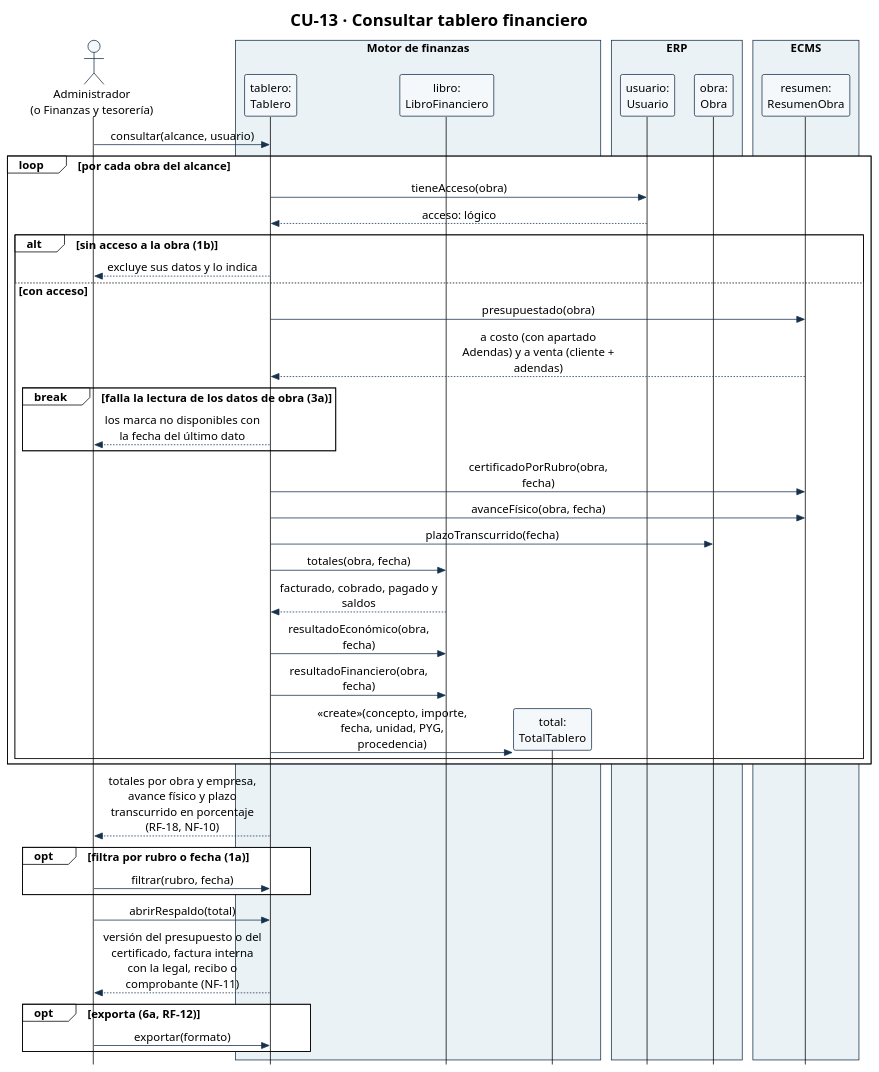
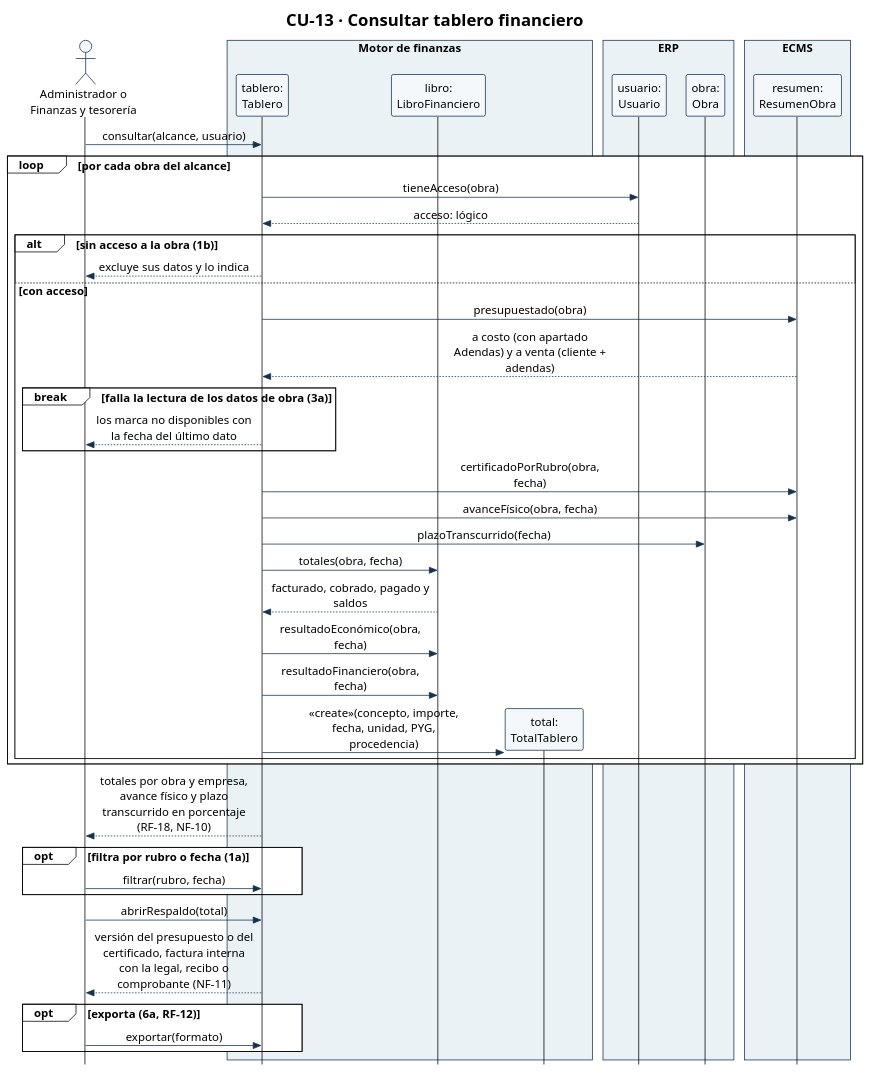
The diagram in diagramas/CU-13-secuencia.puml (Ssrrb/tpf-uca), drawn with PlantUML before and after one commit. The commit also changed 9 other files, not shown here.

```diff
--- a/diagramas/CU-13-secuencia.puml
+++ b/diagramas/CU-13-secuencia.puml
@@ -1,69 +1,69 @@
 @startuml
 !theme plain
 skinparam style strictuml
 skinparam shadowing false
 skinparam defaultFontName Arial
 skinparam defaultFontSize 15
 skinparam sequenceMessageAlign center
 skinparam maxMessageSize 220
 skinparam ParticipantPadding 8
 skinparam BoxPadding 6
 skinparam ParticipantBackgroundColor #F5F8FA
 skinparam ParticipantBorderColor #17324D
 skinparam ActorBorderColor #17324D
 skinparam ActorBackgroundColor #F5F8FA
 skinparam ArrowColor #17324D
 skinparam SequenceBoxBorderColor #17324D
 skinparam note {
   BackgroundColor #FFFFFF
   BorderColor #17324D
 }
 hide footbox
 title CU-13 · Consultar tablero financiero
-actor "Administrador\n(o Finanzas y tesorería)" as Adm
+actor "Administrador o\nFinanzas y tesorería" as Adm
 box "Motor de finanzas" #EAF2F6
 participant "tablero:\nTablero" as Tab
 participant "libro:\nLibroFinanciero" as Lib
 participant "total:\nTotalTablero" as Tot
 end box
 box "ERP" #EAF2F6
 participant "usuario:\nUsuario" as Usr
 participant "obra:\nObra" as Obra
 end box
 box "ECMS" #EAF2F6
 participant "resumen:\nResumenObra" as Res
 end box
 
 Adm -> Tab: consultar(alcance, usuario)
 loop por cada obra del alcance
   Tab -> Usr: tieneAcceso(obra)
   Usr --> Tab: acceso: lógico
   alt sin acceso a la obra (1b)
     Tab --> Adm: excluye sus datos y lo indica
   else con acceso
   Tab -> Res: presupuestado(obra)
   Res --> Tab: a costo (con apartado Adendas) y a venta (cliente + adendas)
   break falla la lectura de los datos de obra (3a)
     Tab --> Adm: los marca no disponibles con la fecha del último dato
   end
   Tab -> Res: certificadoPorRubro(obra, fecha)
   Tab -> Res: avanceFísico(obra, fecha)
   Tab -> Obra: plazoTranscurrido(fecha)
   Tab -> Lib: totales(obra, fecha)
   Lib --> Tab: facturado, cobrado, pagado y saldos
   Tab -> Lib: resultadoEconómico(obra, fecha)
   Tab -> Lib: resultadoFinanciero(obra, fecha)
   create Tot
   Tab -> Tot: «create»(concepto, importe, fecha, unidad, PYG, procedencia)
   end
 end
 Tab --> Adm: totales por obra y empresa, avance físico y plazo\ntranscurrido en porcentaje (RF-18, NF-10)
 opt filtra por rubro o fecha (1a)
   Adm -> Tab: filtrar(rubro, fecha)
 end
 Adm -> Tab: abrirRespaldo(total)
 Tab --> Adm: versión del presupuesto o del certificado, factura interna\ncon la legal, recibo o comprobante (NF-11)
 opt exporta (6a, RF-12)
   Adm -> Tab: exportar(formato)
 end
 @enduml
```
